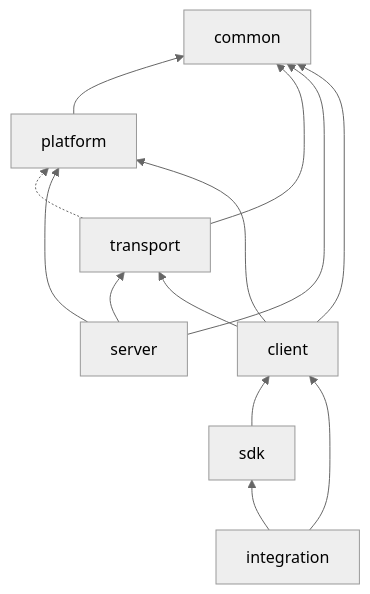
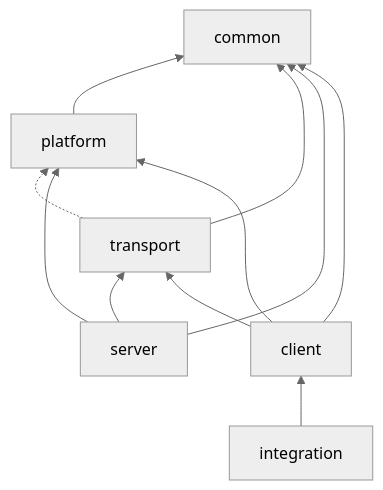
One commit to LMCache/LMCache changed the diagram in docs/design/MODULE_DEPENDENCIES.md. Above: the diagram before and after it, drawn with Mermaid (neutral theme). The commit also changed other lines of this file and 5 other files, not shown here.

````diff
--- a/docs/design/MODULE_DEPENDENCIES.md
+++ b/docs/design/MODULE_DEPENDENCIES.md
@@ -9,15 +9,13 @@
 ```mermaid
 flowchart BT
     platform --> common
     transport --> common
     transport -.-> platform
     server --> common
     server --> platform
     server --> transport
     client --> common
     client --> platform
     client --> transport
-    sdk --> client
     integration --> client
-    integration --> sdk
 ```
````
